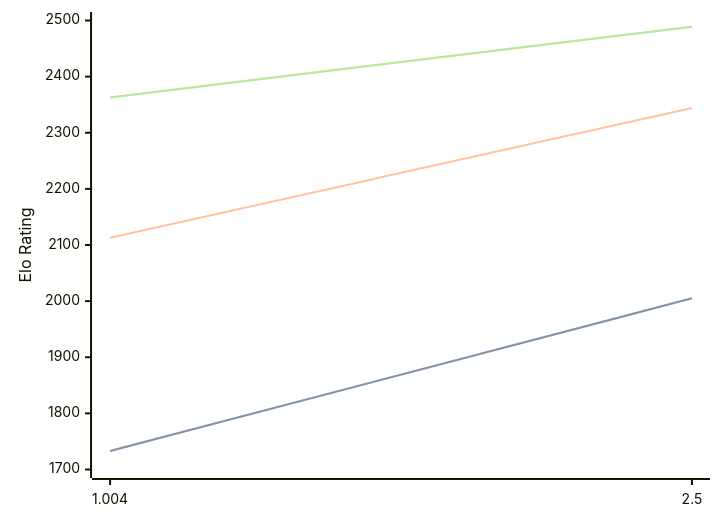
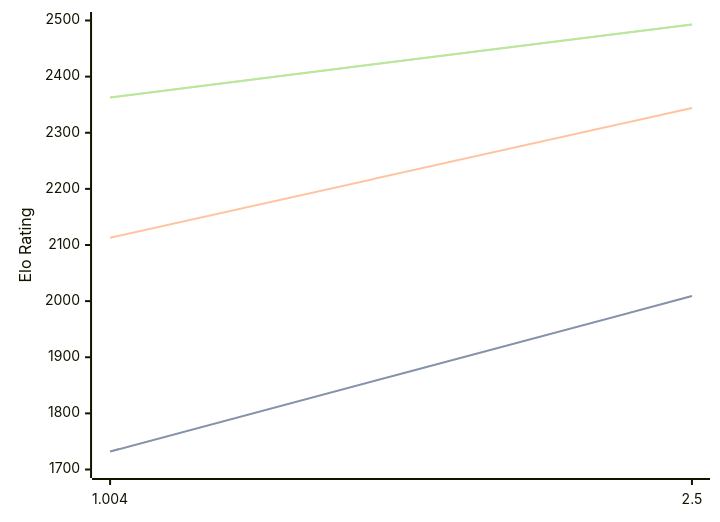
Before and after one commit to computer-chess-index/cci: the diagram in engines/Ares.md, drawn with Mermaid. The commit also changed other lines of this file, not shown here.

Commit message:
Update CCI Ratings (ELO VLTC) - 2026-03-15

````diff
--- a/engines/Ares.md
+++ b/engines/Ares.md
@@ -30,11 +30,11 @@
 ```mermaid
 %%{init: {"theme":"base","themeVariables":{"seriesColors:['#a3a3a3','#222221','#faa371']}}}%%
 xychart-beta
   x-axis ["1.004", "2.5"]
   y-axis "Elo Rating" 1700 --> 2500
-  line "STC (8.0+0.08s)" [1733, 2005]
-  line "STC (8.0+0.08s)" [1733, 2005]
+  line "STC (8.0+0.08s)" [1732, 2009]
+  line "STC (8.0+0.08s)" [1732, 2009]
   line "LTC (60.0+0.60s)" [2113, 2344]
-  line "VLTC (2m24s+1.12s)" [2363, 2489]
-  line "VLTC (2m24s+1.12s)" [2363, 2489]
+  line "VLTC (2m24s+1.12s)" [2363, 2493]
+  line "VLTC (2m24s+1.12s)" [2363, 2493]
 ```
````
